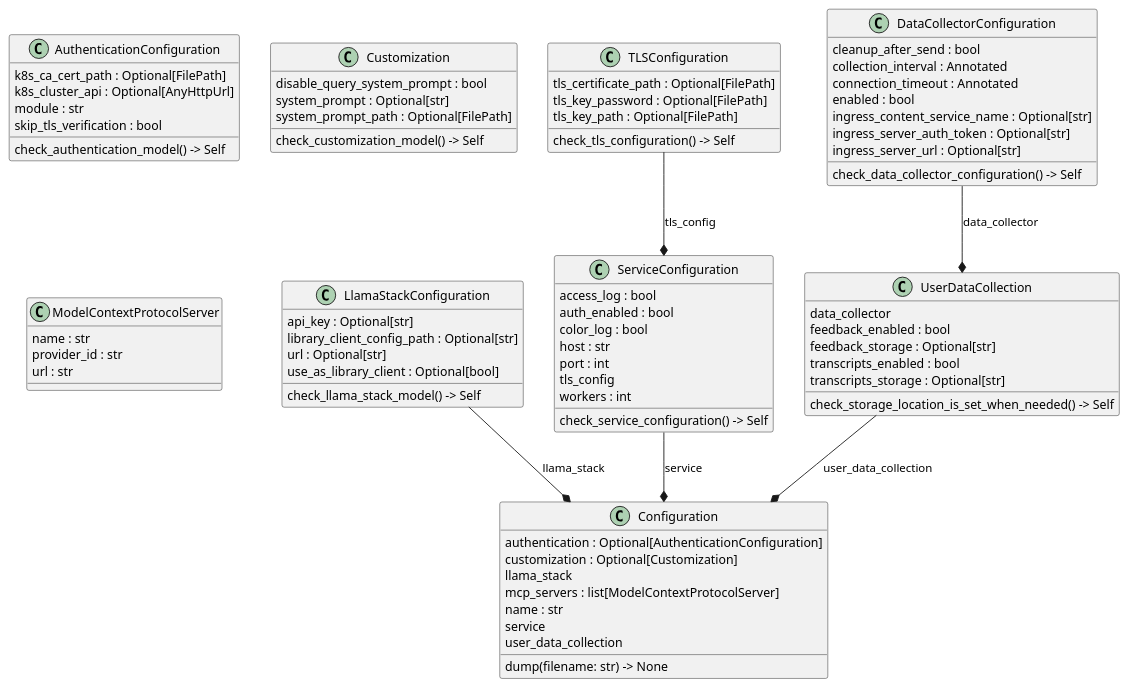
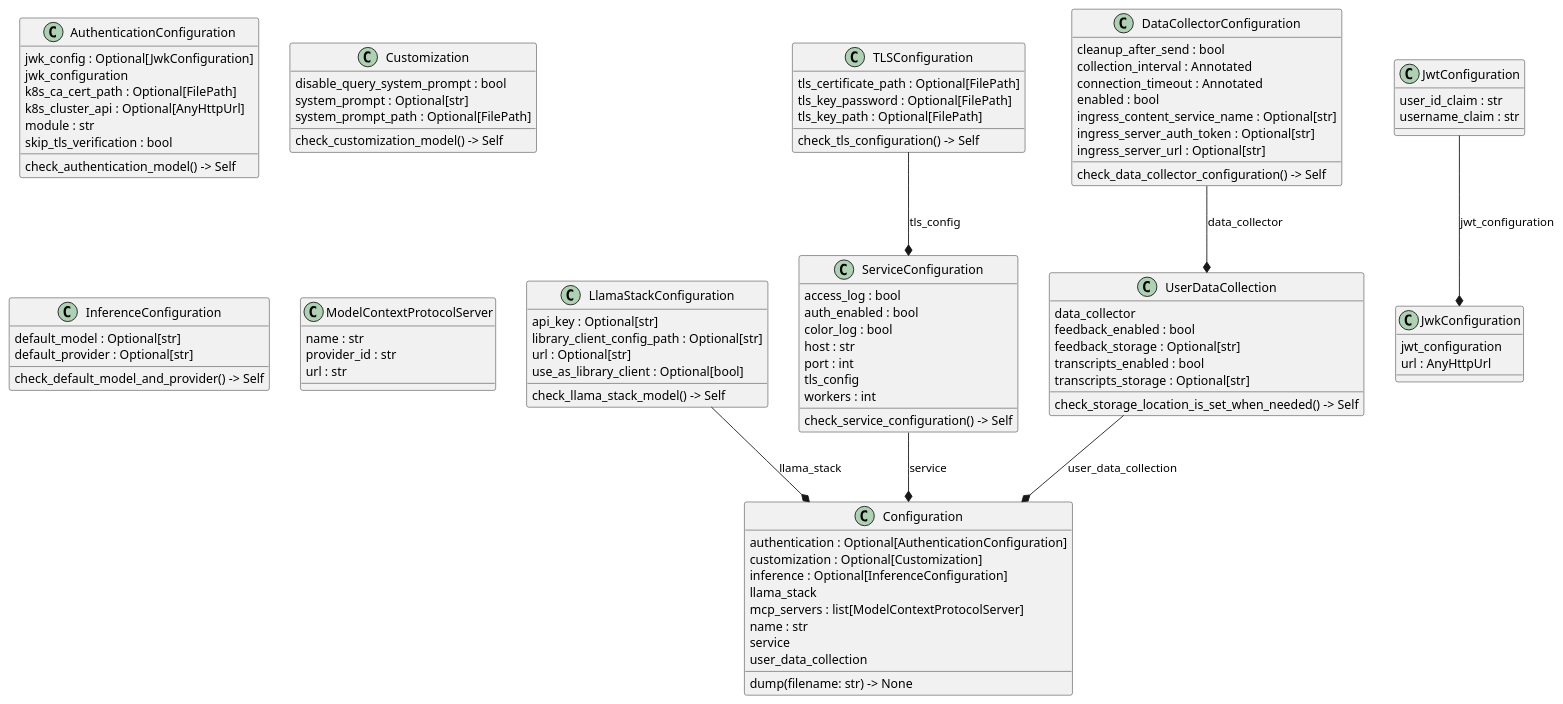
One commit to zszabo-rh/lightspeed-stack changed the diagram in docs/config.puml. Above: the diagram before and after it, drawn with PlantUML. The commit also changed 1 other file, not shown here.

Commit message:
LCORE-248: update config diagram

```diff
--- a/docs/config.puml
+++ b/docs/config.puml
@@ -1,77 +1,94 @@
 @startuml classes
 set namespaceSeparator none
 class "AuthenticationConfiguration" as src.models.config.AuthenticationConfiguration {
+  jwk_config : Optional[JwkConfiguration]
+  jwk_configuration
   k8s_ca_cert_path : Optional[FilePath]
   k8s_cluster_api : Optional[AnyHttpUrl]
   module : str
   skip_tls_verification : bool
   check_authentication_model() -> Self
 }
 class "Configuration" as src.models.config.Configuration {
   authentication : Optional[AuthenticationConfiguration]
   customization : Optional[Customization]
+  inference : Optional[InferenceConfiguration]
   llama_stack
   mcp_servers : list[ModelContextProtocolServer]
   name : str
   service
   user_data_collection
   dump(filename: str) -> None
 }
 class "Customization" as src.models.config.Customization {
   disable_query_system_prompt : bool
   system_prompt : Optional[str]
   system_prompt_path : Optional[FilePath]
   check_customization_model() -> Self
 }
 class "DataCollectorConfiguration" as src.models.config.DataCollectorConfiguration {
   cleanup_after_send : bool
   collection_interval : Annotated
   connection_timeout : Annotated
   enabled : bool
   ingress_content_service_name : Optional[str]
   ingress_server_auth_token : Optional[str]
   ingress_server_url : Optional[str]
   check_data_collector_configuration() -> Self
+}
+class "InferenceConfiguration" as src.models.config.InferenceConfiguration {
+  default_model : Optional[str]
+  default_provider : Optional[str]
+  check_default_model_and_provider() -> Self
+}
+class "JwkConfiguration" as src.models.config.JwkConfiguration {
+  jwt_configuration
+  url : AnyHttpUrl
+}
+class "JwtConfiguration" as src.models.config.JwtConfiguration {
+  user_id_claim : str
+  username_claim : str
 }
 class "LlamaStackConfiguration" as src.models.config.LlamaStackConfiguration {
   api_key : Optional[str]
   library_client_config_path : Optional[str]
   url : Optional[str]
   use_as_library_client : Optional[bool]
   check_llama_stack_model() -> Self
 }
 class "ModelContextProtocolServer" as src.models.config.ModelContextProtocolServer {
   name : str
   provider_id : str
   url : str
 }
 class "ServiceConfiguration" as src.models.config.ServiceConfiguration {
   access_log : bool
   auth_enabled : bool
   color_log : bool
   host : str
   port : int
   tls_config
   workers : int
   check_service_configuration() -> Self
 }
 class "TLSConfiguration" as src.models.config.TLSConfiguration {
   tls_certificate_path : Optional[FilePath]
   tls_key_password : Optional[FilePath]
   tls_key_path : Optional[FilePath]
   check_tls_configuration() -> Self
 }
 class "UserDataCollection" as src.models.config.UserDataCollection {
   data_collector
   feedback_enabled : bool
   feedback_storage : Optional[str]
   transcripts_enabled : bool
   transcripts_storage : Optional[str]
   check_storage_location_is_set_when_needed() -> Self
 }
 src.models.config.DataCollectorConfiguration --* src.models.config.UserDataCollection : data_collector
+src.models.config.JwtConfiguration --* src.models.config.JwkConfiguration : jwt_configuration
 src.models.config.LlamaStackConfiguration --* src.models.config.Configuration : llama_stack
 src.models.config.ServiceConfiguration --* src.models.config.Configuration : service
 src.models.config.TLSConfiguration --* src.models.config.ServiceConfiguration : tls_config
 src.models.config.UserDataCollection --* src.models.config.Configuration : user_data_collection
 @enduml
```
